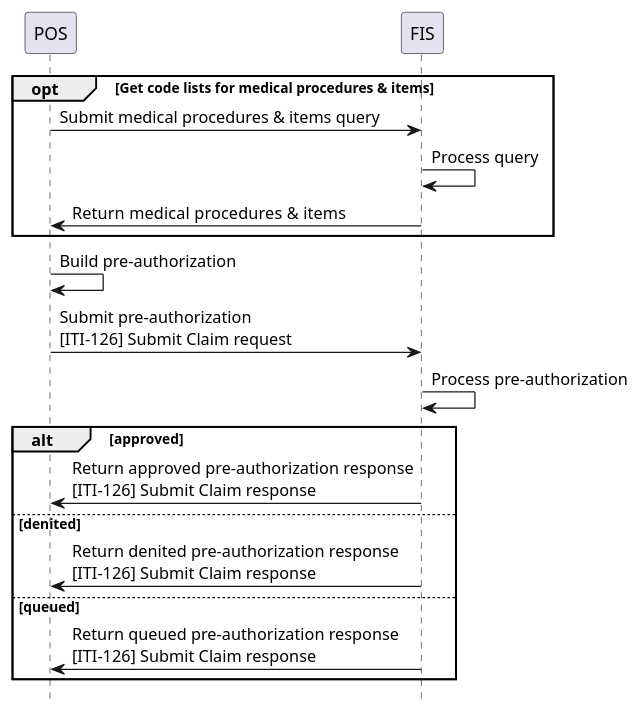
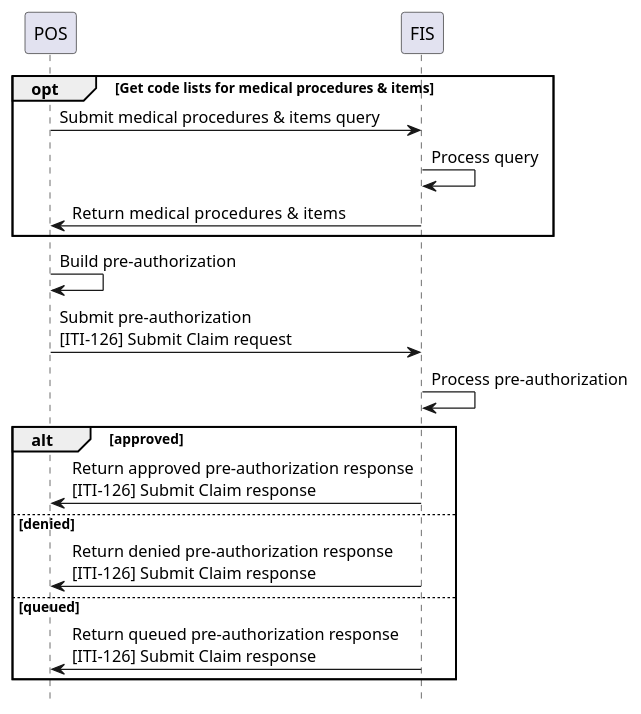
The diagram in input/images-source/usecase5-processflow.plantuml (IHE/ITI.Finance), drawn with PlantUML before and after one commit. The commit also changed 6 other files, not shown here.

Commit message:
Fixed typos in diagrams.  Changed query parameters sections to point to the tables in the capability statements to reduce duplication.

```diff
--- a/input/images-source/usecase5-processflow.plantuml
+++ b/input/images-source/usecase5-processflow.plantuml
@@ -1,28 +1,28 @@
 @startuml
 skinparam svgDimensionStyle false
 hide footbox
 
 participant POS
 participant FIS
 
 
 opt Get code lists for medical procedures & items
 	POS -> FIS: Submit medical procedures & items query
 	FIS -> FIS: Process query
 	FIS -> POS: Return  medical procedures & items
 end opt
  
 
 POS -> POS: Build pre-authorization
 POS -> FIS: Submit pre-authorization\n&#91;ITI-126&#93; Submit Claim request
 FIS -> FIS: Process pre-authorization
 
 alt approved
 	FIS -> POS: Return approved pre-authorization response\n&#91;ITI-126&#93; Submit Claim response
-else denited
-	FIS -> POS: Return denited pre-authorization response\n&#91;ITI-126&#93; Submit Claim response
+else denied
+	FIS -> POS: Return denied pre-authorization response\n&#91;ITI-126&#93; Submit Claim response
 else queued
 	FIS -> POS: Return queued pre-authorization response\n&#91;ITI-126&#93; Submit Claim response
 end
 
 @enduml
```
